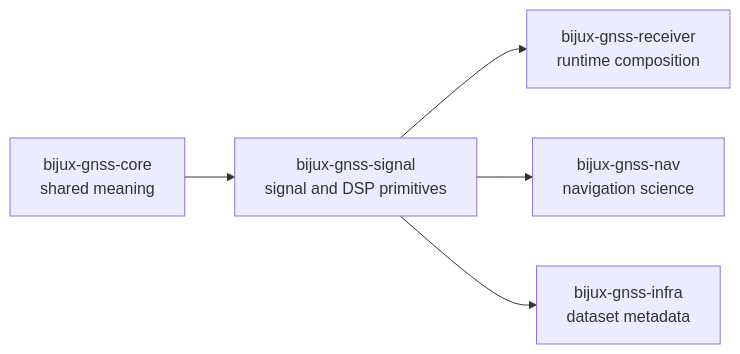
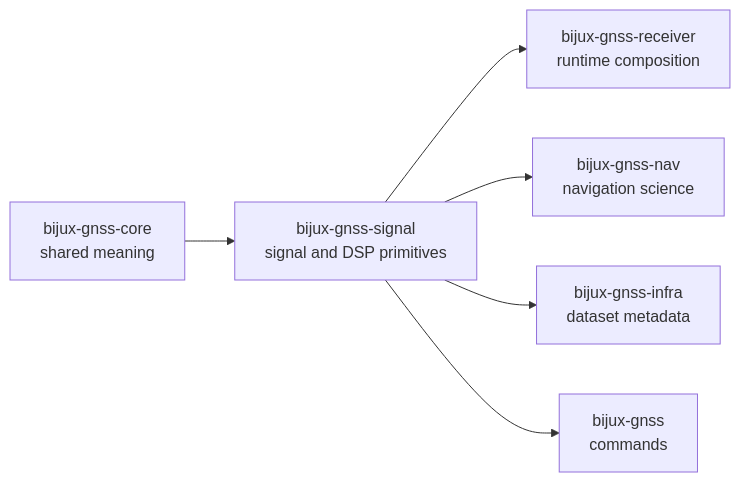
Before and after one commit to bijux/bijux-telecom: the diagram in docs/06-bijux-gnss-signal/index.md, drawn with Mermaid. The commit also changed other lines of this file and 13 other files, not shown here.

````diff
--- a/docs/06-bijux-gnss-signal/index.md
+++ b/docs/06-bijux-gnss-signal/index.md
@@ -23,13 +23,15 @@
 ```mermaid
 flowchart LR
     core["bijux-gnss-core<br/>shared meaning"]
     signal["bijux-gnss-signal<br/>signal and DSP primitives"]
     receiver["bijux-gnss-receiver<br/>runtime composition"]
     nav["bijux-gnss-nav<br/>navigation science"]
     infra["bijux-gnss-infra<br/>dataset metadata"]
+    gnss["bijux-gnss<br/>commands"]
 
     core --> signal
     signal --> receiver
     signal --> nav
     signal --> infra
+    signal --> gnss
 ```
````
